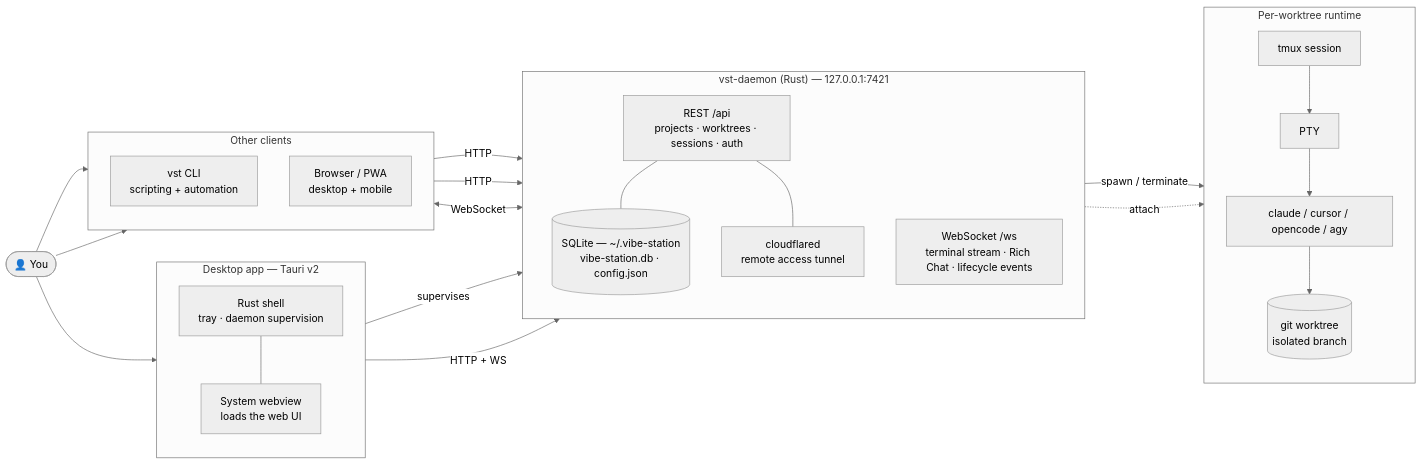
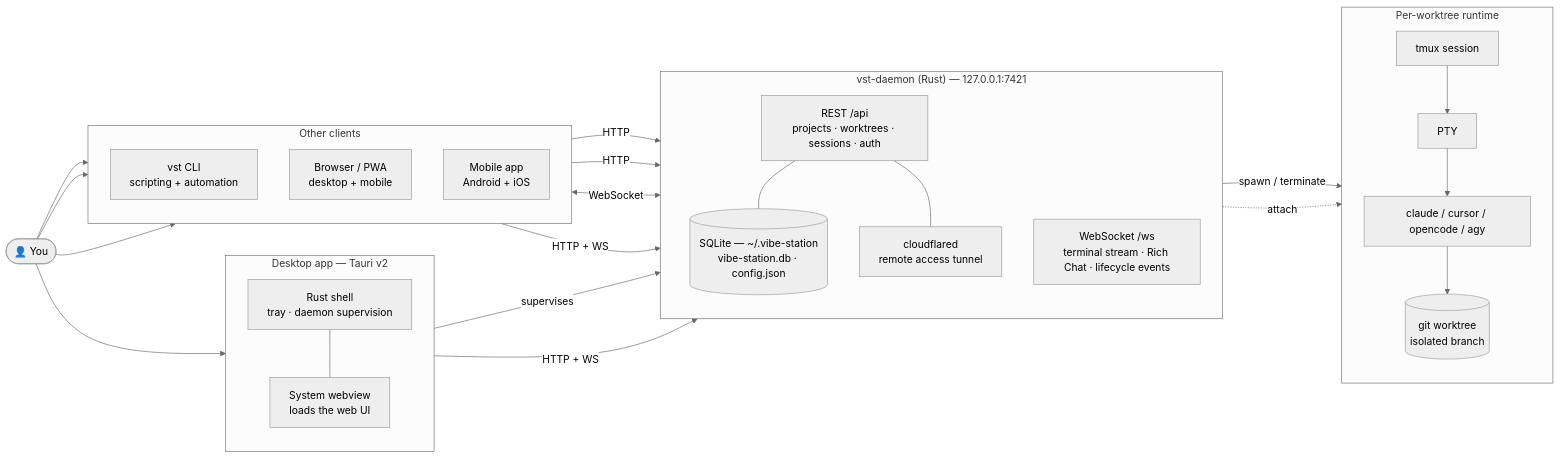
One commit to fastestdevalive/vibe-station changed the diagram in README.md. Above: the diagram before and after it, drawn with Mermaid (neutral theme). The commit also changed other lines of this file and 5 other files, not shown here.

````diff
--- a/README.md
+++ b/README.md
@@ -277,48 +298,51 @@
 ```mermaid
 flowchart LR
   user([👤 You])
 
   subgraph desktop ["Desktop app — Tauri v2"]
     direction TB
     shell["Rust shell<br/>tray · daemon supervision"]
     webview["System webview<br/>loads the web UI"]
   end
 
   subgraph clients [Other clients]
     direction TB
     cli["vst CLI<br/>scripting + automation"]
     browser["Browser / PWA<br/>desktop + mobile"]
+    mobile["Mobile app<br/>Android + iOS"]
   end
 
   subgraph daemonbox ["vst-daemon (Rust) — 127.0.0.1:7421"]
     direction TB
     rest["REST /api<br/>projects · worktrees · sessions · auth"]
     ws["WebSocket /ws<br/>terminal stream · Rich Chat · lifecycle events"]
     state[("SQLite — ~/.vibe-station<br/>vibe-station.db · config.json")]
     tunnel["cloudflared<br/>remote access tunnel"]
   end
 
   subgraph runtime ["Per-worktree runtime"]
     direction TB
     tmux["tmux session"]
     pty["PTY"]
     agent["claude / cursor / opencode / agy"]
     repo[("git worktree<br/>isolated branch")]
   end
 
   user --> desktop
   user --> cli
   user --> browser
+  user --> mobile
   shell -->|supervises| rest
   shell --- webview
   webview -->|HTTP + WS| rest
   cli -->|HTTP| rest
   browser -->|HTTP| rest
   browser <-->|WebSocket| ws
+  mobile -->|HTTP + WS| rest
   rest --- state
   rest --- tunnel
   rest -->|spawn / terminate| tmux
   ws -.->|attach| tmux
   tmux --> pty --> agent
   agent --> repo
 ```
````
